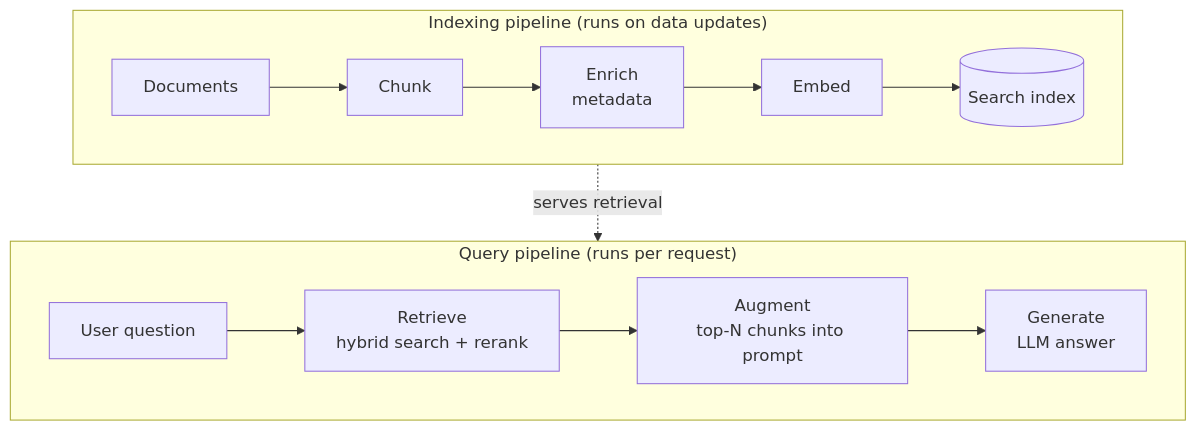
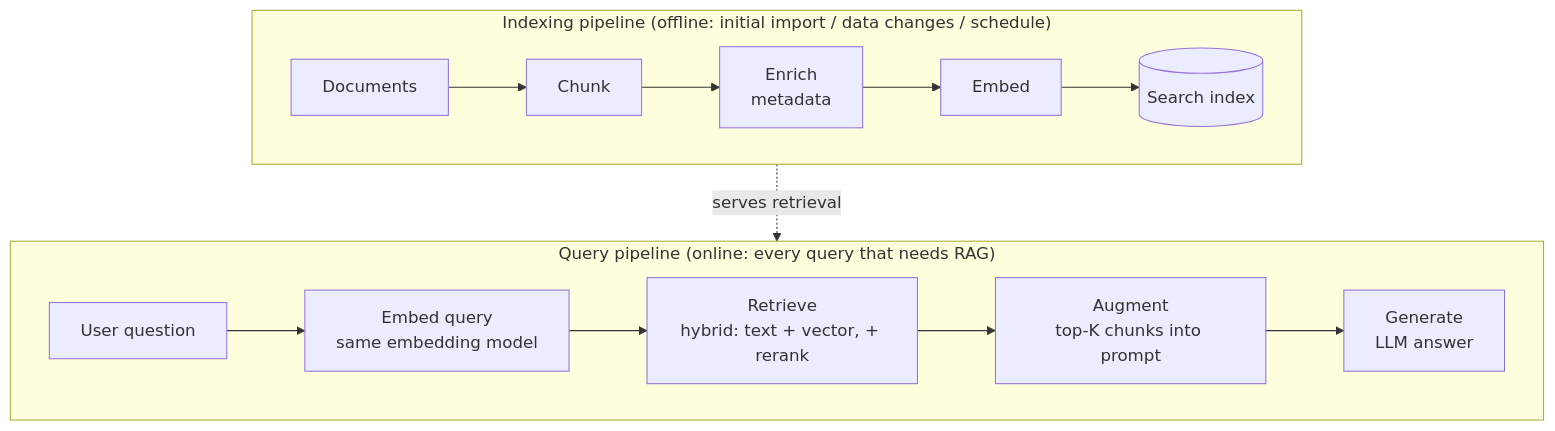
Before and after one commit to kehao-playground/azure-genai-backend-lab: the diagram in docs/diagrams/rag-two-pipelines.md, drawn with Mermaid. The commit also changed other lines of this file and 2 other files, not shown here.

Commit message:
docs: Day 11 review fixes (Hermes r01/r02)
- rag-overview + diagram: query embedding step (application-owned vectorization),
  pipeline timing scoped (offline triggers / online queries needing RAG)
- agentic retrieval lifecycle split: partial GA in 2026-04-01 REST API, LLM query
  planning et al. remain preview; 2-3s/8-15s figures rescoped to the
  application-level agentic RAG example
- retrieval bottleneck wording (upstream bottleneck, not frequency claim)
- fine-tuning: knowledge-vs-behavior as first diagnostic axis, domain
  specialization acknowledged
- no-answer feature file described as 501 placeholder, not observable behavior
- indexing FSM: Enriching state + failure edge added
- cost: billable Dedicated tiers (Basic+), Free $0 exception, Serverless preview
- rag-evaluators link 404 fixed; embeddings lineup scoped to third-gen + ada-002;
  separate endpoint/pricing wording; PNG provenance note (zh source canonical)

````diff
--- a/docs/diagrams/rag-two-pipelines.md
+++ b/docs/diagrams/rag-two-pipelines.md
@@ -5,12 +7,12 @@
 ```mermaid
 flowchart TB
-    subgraph indexing["Indexing pipeline (runs on data updates)"]
+    subgraph indexing["Indexing pipeline (offline: initial import / data changes / schedule)"]
         direction LR
         A[Documents] --> B[Chunk] --> C[Enrich<br/>metadata] --> D[Embed] --> E[(Search index)]
     end
-    subgraph query["Query pipeline (runs per request)"]
+    subgraph query["Query pipeline (online: every query that needs RAG)"]
         direction LR
-        Q[User question] --> R[Retrieve<br/>hybrid search + rerank] --> G[Augment<br/>top-N chunks into prompt] --> L[Generate<br/>LLM answer]
+        Q[User question] --> QE[Embed query<br/>same embedding model] --> R[Retrieve<br/>hybrid: text + vector, + rerank] --> G[Augment<br/>top-K chunks into prompt] --> L[Generate<br/>LLM answer]
     end
     E -.serves retrieval.-> R
 ```
````
